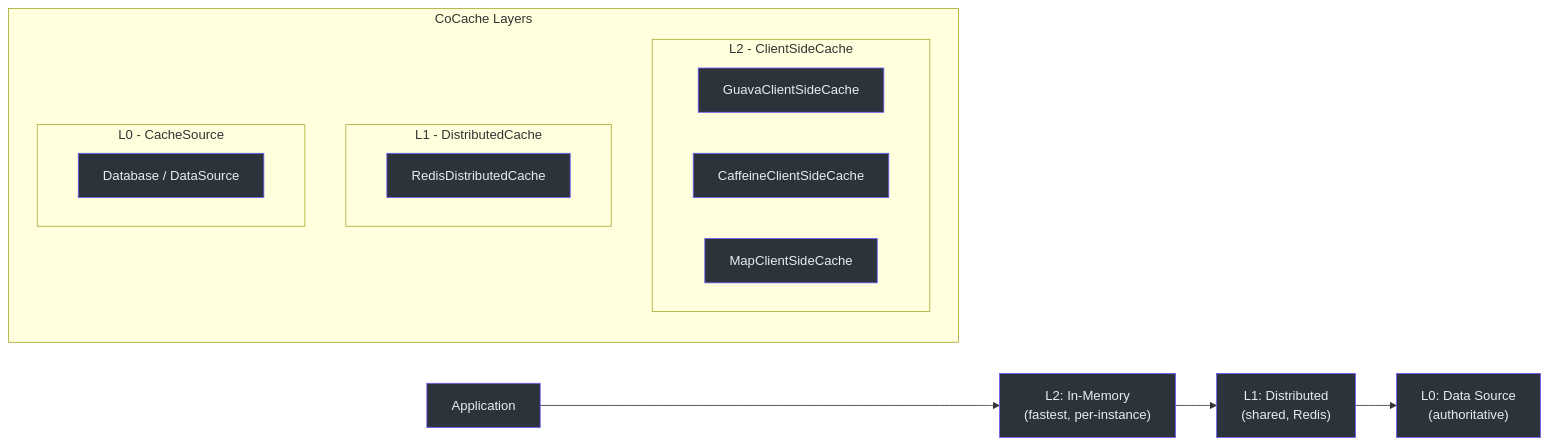
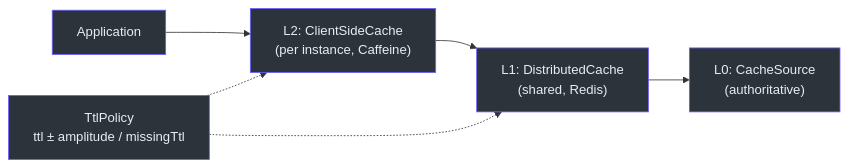
One commit to Ahoo-Wang/CoCache changed the first of 4 diagrams in wiki/architecture/cache-layers.md. Above: the diagram before and after it, drawn with Mermaid. The commit also changed other lines of this file and 256 other files, not shown here.

````diff
--- a/wiki/architecture/cache-layers.md
+++ b/wiki/architecture/cache-layers.md
@@ -12,41 +12,14 @@
 ```mermaid
 graph LR
-    subgraph sg_1 ["CoCache Layers"]
-
-        subgraph sg_2 ["L2 - ClientSideCache"]
-
-            Guava["GuavaClientSideCache"]
-            Caffeine["CaffeineClientSideCache"]
-            Map["MapClientSideCache"]
-        end
-
-        subgraph sg_3 ["L1 - DistributedCache"]
-
-            Redis["RedisDistributedCache"]
-        end
-
-        subgraph sg_4 ["L0 - CacheSource"]
-
-            DB["Database / DataSource"]
-        end
-    end
-
-    App["Application"] --> L2Label
-    L2Label --> L1Label
-    L1Label --> L0Label
-
-    L2Label["L2: In-Memory<br>(fastest, per-instance)"]
-    L1Label["L1: Distributed<br>(shared, Redis)"]
-    L0Label["L0: Data Source<br>(authoritative)"]
+    App["Application"] --> L2["L2: ClientSideCache<br>(per instance, Caffeine)"]
+    L2 --> L1["L1: DistributedCache<br>(shared, Redis)"]
+    L1 --> L0["L0: CacheSource<br>(authoritative)"]
+    Policy["TtlPolicy<br>ttl ± amplitude / missingTtl"] -.-> L2
+    Policy -.-> L1
 
     style App fill:#2d333b,stroke:#6d5dfc,color:#e6edf3
-    style L2Label fill:#2d333b,stroke:#6d5dfc,color:#e6edf3
-    style L1Label fill:#2d333b,stroke:#6d5dfc,color:#e6edf3
-    style L0Label fill:#2d333b,stroke:#6d5dfc,color:#e6edf3
-    style Guava fill:#2d333b,stroke:#6d5dfc,color:#e6edf3
-    style Caffeine fill:#2d333b,stroke:#6d5dfc,color:#e6edf3
-    style Map fill:#2d333b,stroke:#6d5dfc,color:#e6edf3
-    style Redis fill:#2d333b,stroke:#6d5dfc,color:#e6edf3
-    style DB fill:#2d333b,stroke:#6d5dfc,color:#e6edf3
-
+    style L2 fill:#2d333b,stroke:#6d5dfc,color:#e6edf3
+    style L1 fill:#2d333b,stroke:#6d5dfc,color:#e6edf3
+    style L0 fill:#2d333b,stroke:#6d5dfc,color:#e6edf3
+    style Policy fill:#2d333b,stroke:#6d5dfc,color:#e6edf3
 ```
````
